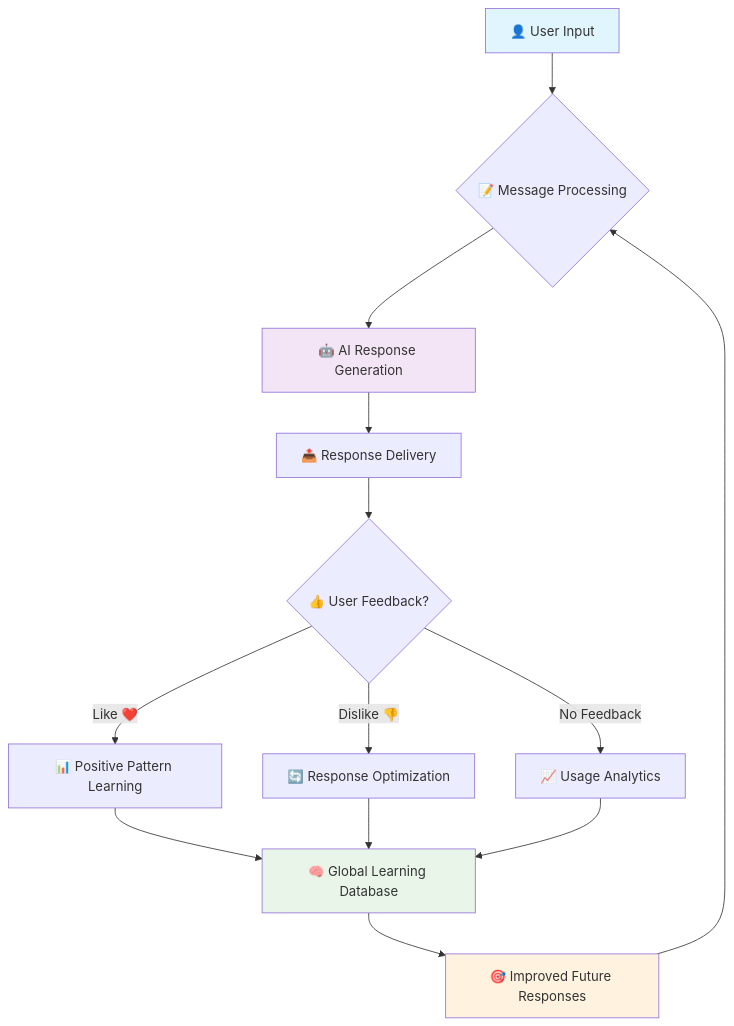
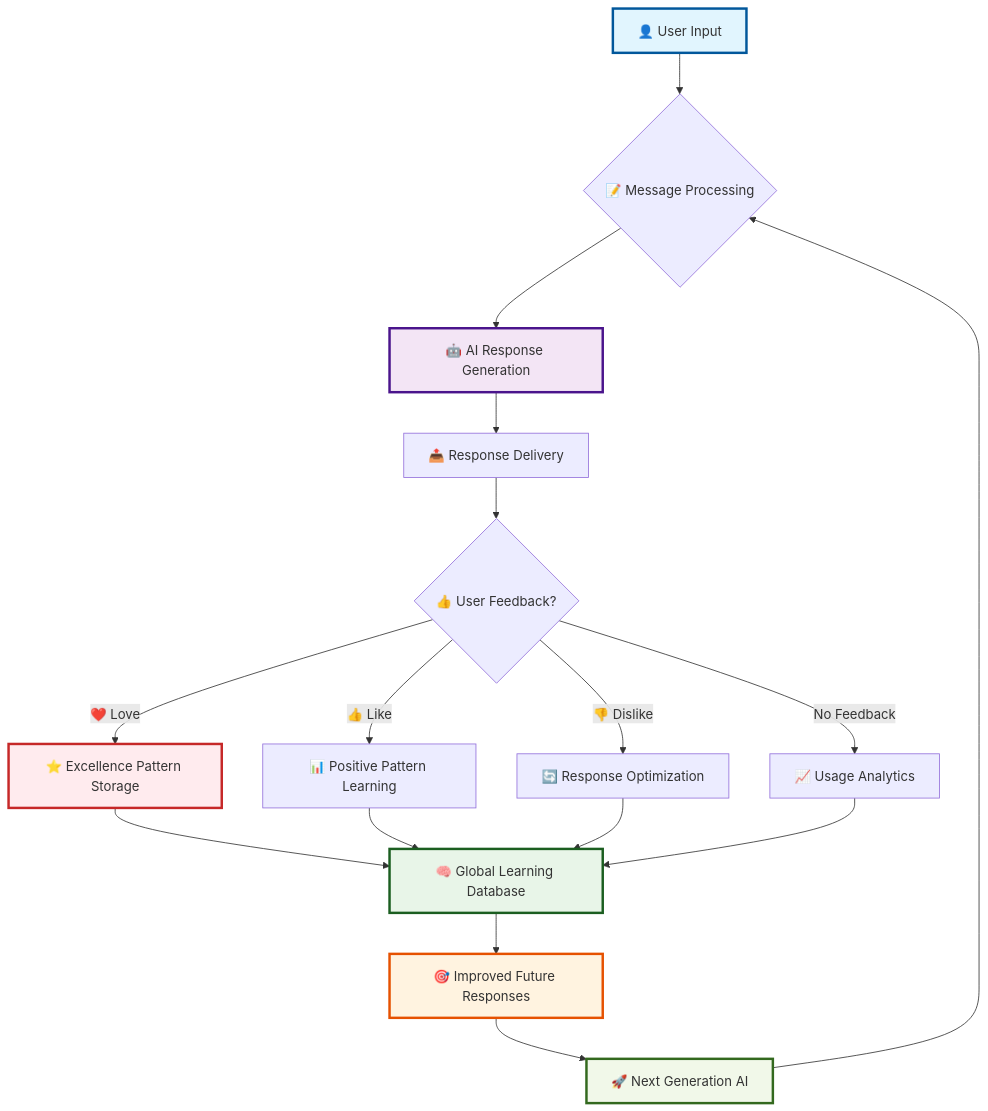
Before and after one commit to vaibhav-nagre/nagregpt: the diagram in README.md, drawn with Mermaid. The commit also changed other lines of this file, not shown here.

````diff
--- a/README.md
+++ b/README.md
@@ -271,20 +215,25 @@
 ```mermaid
 graph TD
     A[👤 User Input] --> B{📝 Message Processing}
     B --> C[🤖 AI Response Generation]
     C --> D[📤 Response Delivery]
     D --> E{👍 User Feedback?}
-    E -->|Like ❤️| F[📊 Positive Pattern Learning]
-    E -->|Dislike 👎| G[🔄 Response Optimization]
-    E -->|No Feedback| H[📈 Usage Analytics]
-    F --> I[🧠 Global Learning Database]
-    G --> I
-    H --> I
-    I --> J[🎯 Improved Future Responses]
-    J --> B
+    E -->|❤️ Love| F[⭐ Excellence Pattern Storage]
+    E -->|👍 Like| G[📊 Positive Pattern Learning]
+    E -->|👎 Dislike| H[🔄 Response Optimization]
+    E -->|No Feedback| I[📈 Usage Analytics]
+    F --> J[🧠 Global Learning Database]
+    G --> J
+    H --> J
+    I --> J
+    J --> K[🎯 Improved Future Responses]
+    K --> L[🚀 Next Generation AI]
+    L --> B
     
-    style A fill:#e1f5fe
-    style C fill:#f3e5f5
-    style I fill:#e8f5e8
-    style J fill:#fff3e0
+    style A fill:#e1f5fe,stroke:#01579b,stroke-width:3px
+    style C fill:#f3e5f5,stroke:#4a148c,stroke-width:3px
+    style J fill:#e8f5e8,stroke:#1b5e20,stroke-width:3px
+    style K fill:#fff3e0,stroke:#e65100,stroke-width:3px
+    style F fill:#ffebee,stroke:#c62828,stroke-width:3px
+    style L fill:#f1f8e9,stroke:#33691e,stroke-width:3px
 ```
````
